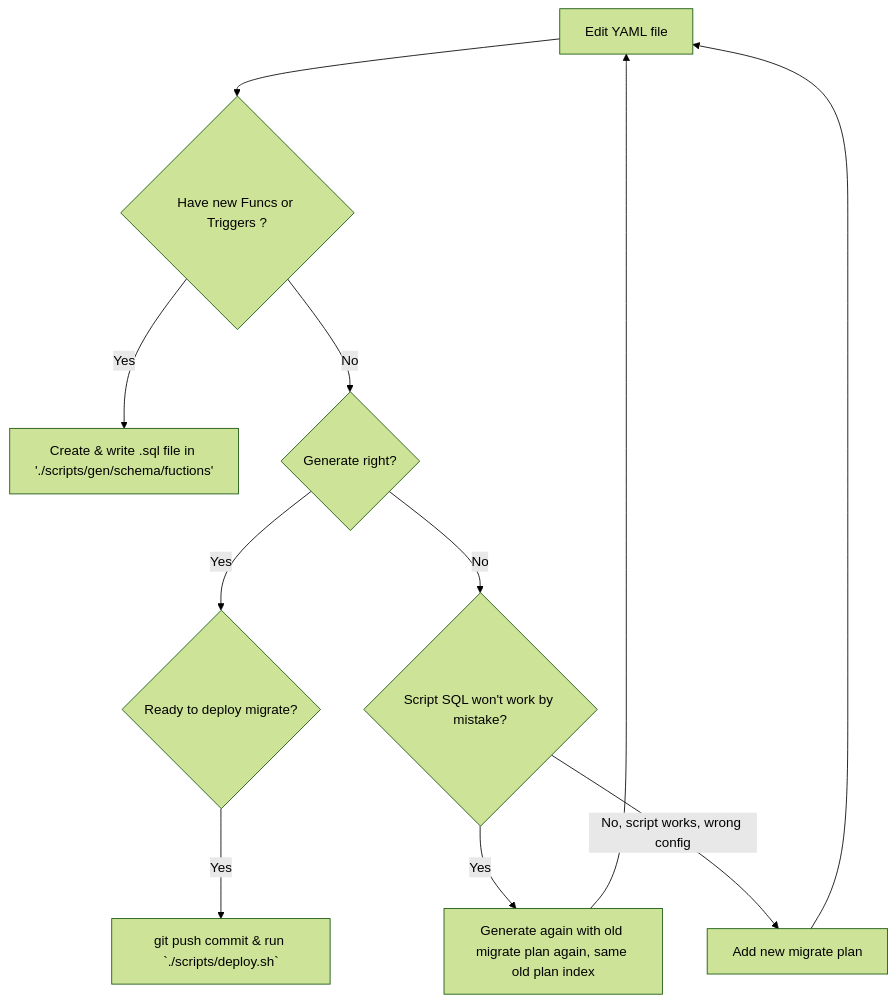
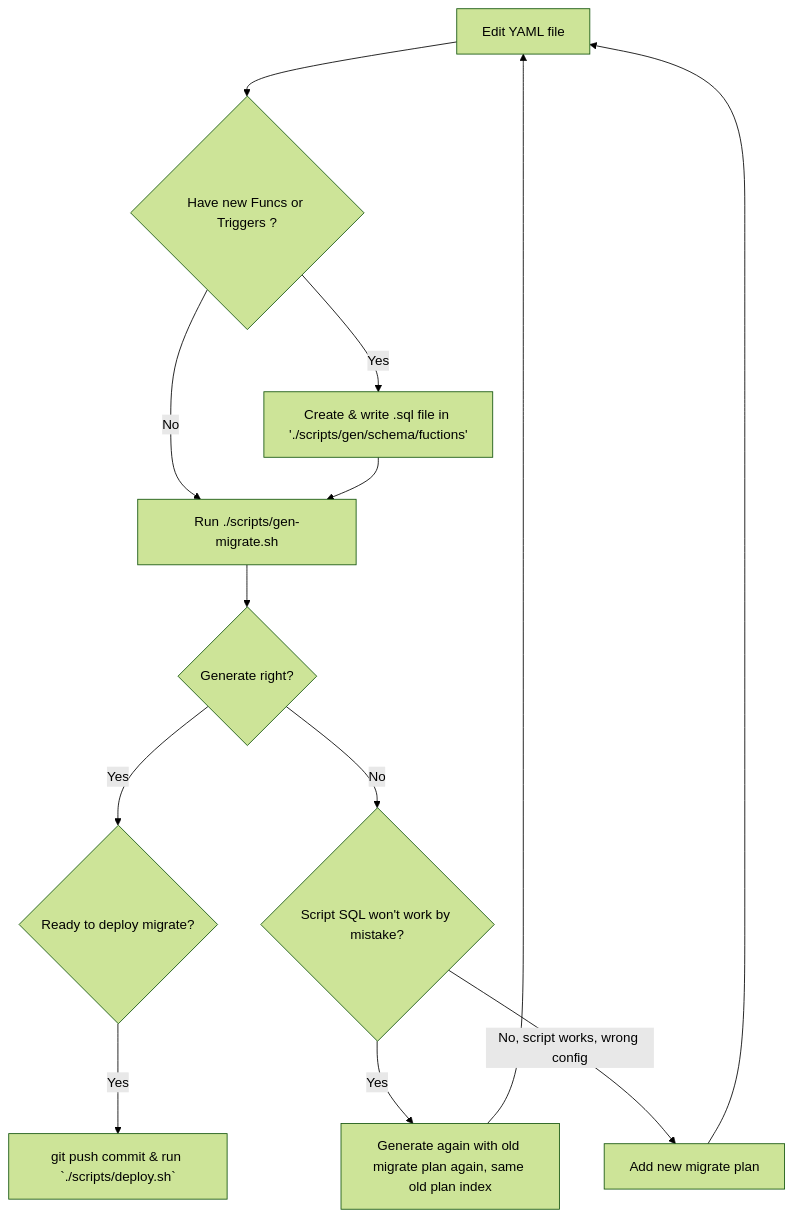
Before and after one commit to thaidzai1/gen-tools: the diagram in README.md, drawn with Mermaid (forest theme).

Commit message:
DEVOPS-13 update README flow

````diff
--- a/README.md
+++ b/README.md
@@ -46,22 +46,25 @@
 ```mermaid
 graph TD
 A[Edit YAML file] 
 B{Have new Funcs or Triggers ?}
 C1[Create & write .sql file in './scripts/gen/schema/fuctions']
 C2{Generate right?}
 D1{Ready to deploy migrate?}
+D2[Run ./scripts/gen-migrate.sh]
 E1[git push commit & run `./scripts/deploy.sh`]
 E2{Script SQL won't work by mistake?}
 F1[Generate again with old migrate plan again, same old plan index]
 F2[Add new migrate plan]
 A --> B
 B -- Yes --> C1
-B -- No --> C2
+B -- No --> D2
+C1 --> D2
 C2 -- Yes --> D1
+D2 --> C2
 C2 -- No --> E2
 D1 -- Yes --> E1
 E2 -- Yes --> F1
 E2 -- No, script works, wrong config --> F2
 F2 --> A
 F1 --> A
 ```
````
